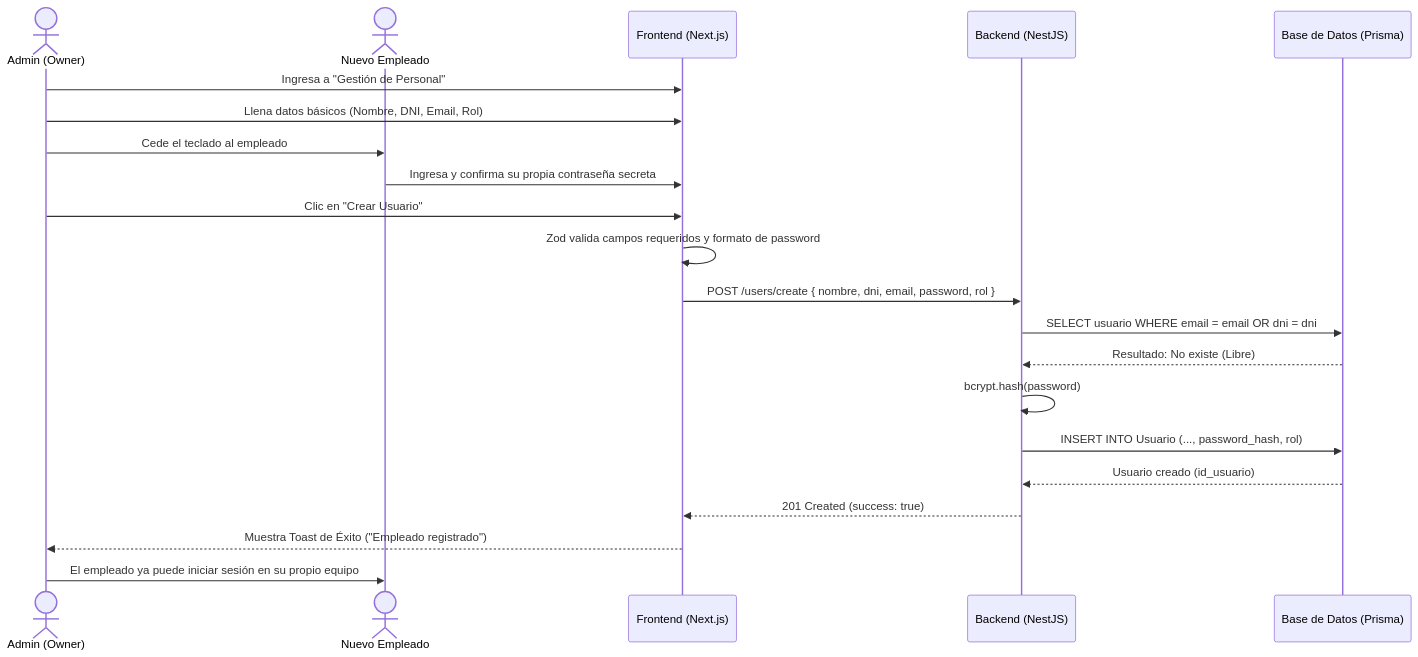
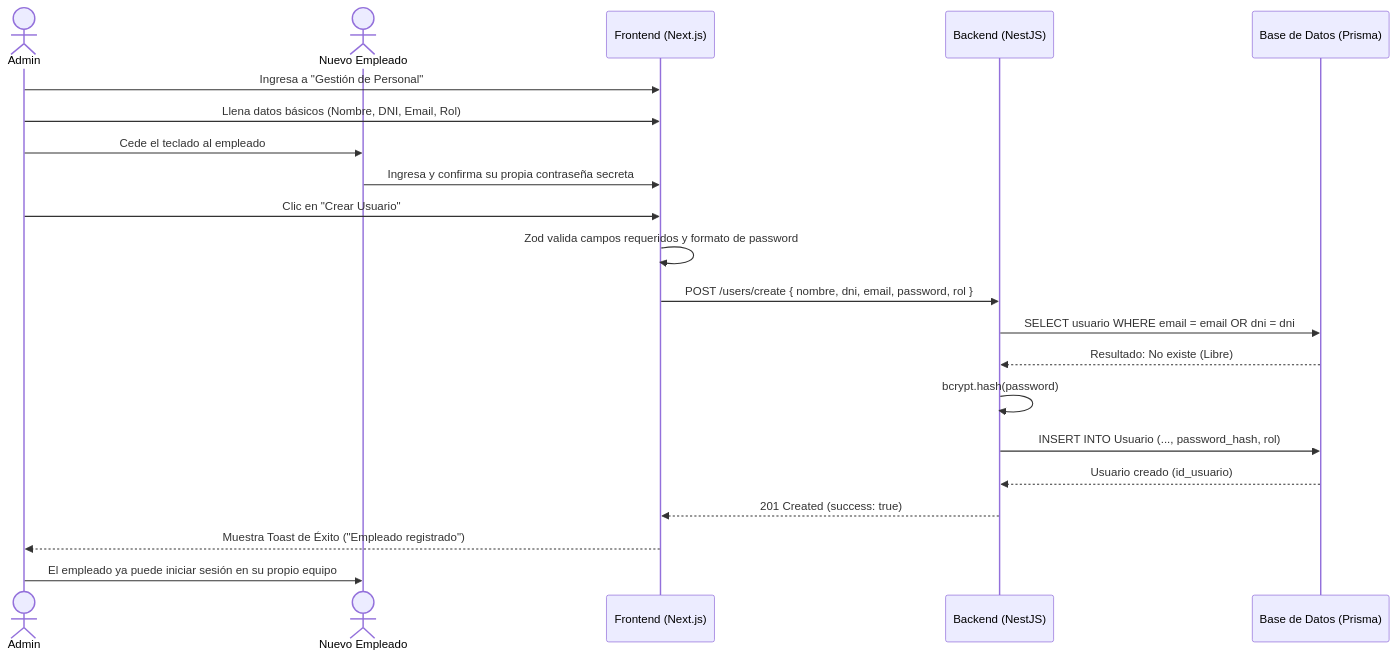
One commit to esteban-abanto-2709/UTP-CursoIntegrador-HotelManagement changed the first of 4 diagrams in docs/DIAGRAMAS_2.md. Above: the diagram before and after it, drawn with Mermaid. The commit also changed other lines of this file and 7 other files, not shown here.

Commit message:
refactor(roles): update user roles from OWNER to ADMIN in documentation and code for consistency across the application

````diff
--- a/docs/DIAGRAMAS_2.md
+++ b/docs/DIAGRAMAS_2.md
@@ -12,30 +12,30 @@
 ```mermaid
 sequenceDiagram
-    actor A as Admin (Owner)
+    actor A as Admin
     actor NE as Nuevo Empleado
     participant FE as Frontend (Next.js)
     participant API as Backend (NestJS)
     participant DB as Base de Datos (Prisma)
 
     A->>FE: Ingresa a "Gestión de Personal"
     A->>FE: Llena datos básicos (Nombre, DNI, Email, Rol)
     
     A->>NE: Cede el teclado al empleado
     NE->>FE: Ingresa y confirma su propia contraseña secreta
     A->>FE: Clic en "Crear Usuario"
     
     FE->>FE: Zod valida campos requeridos y formato de password
     FE->>API: POST /users/create { nombre, dni, email, password, rol }
     
     API->>DB: SELECT usuario WHERE email = email OR dni = dni
     DB-->>API: Resultado: No existe (Libre)
     
     API->>API: bcrypt.hash(password)
     
     API->>DB: INSERT INTO Usuario (..., password_hash, rol)
     DB-->>API: Usuario creado (id_usuario)
     
     API-->>FE: 201 Created (success: true)
     FE-->>A: Muestra Toast de Éxito ("Empleado registrado")
     A->>NE: El empleado ya puede iniciar sesión en su propio equipo
 ```
````
